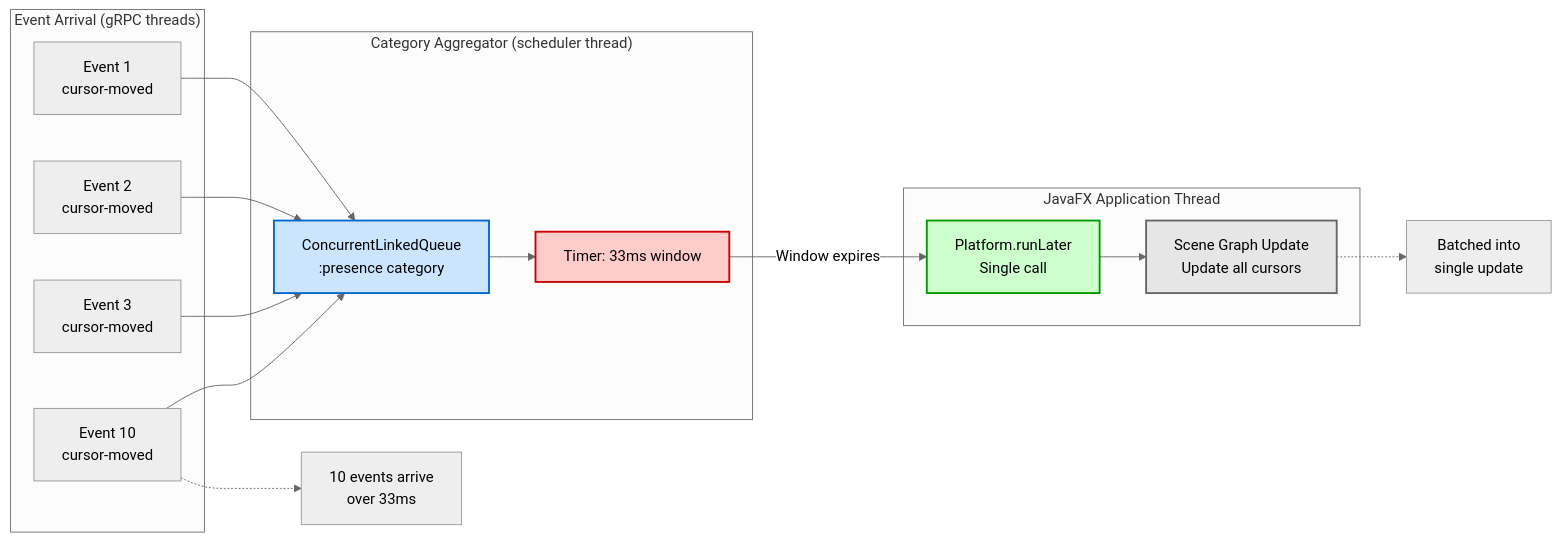
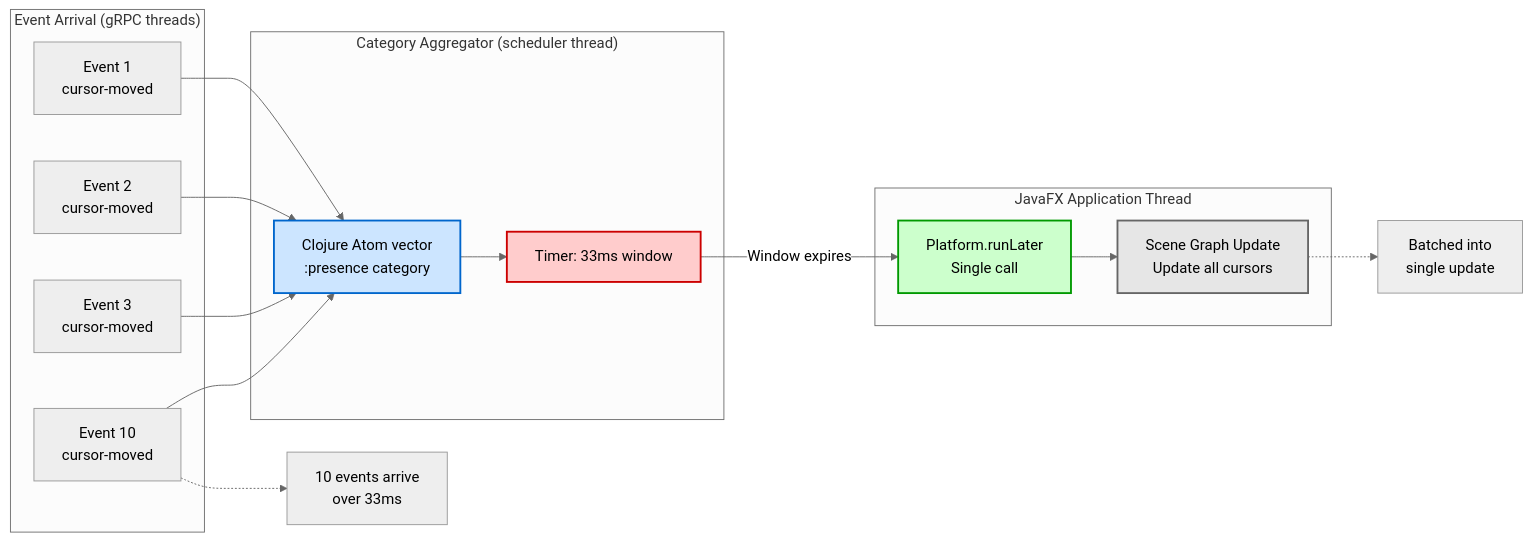
Before and after one commit to PeterBengtson/Ooloi-docs: the fifth of 5 diagrams in ADRs/0031-Frontend-Event-Driven-Architecture.md, drawn with Mermaid (neutral theme). The commit also changed other lines of this file, not shown here.

````diff
--- a/ADRs/0031-Frontend-Event-Driven-Architecture.md
+++ b/ADRs/0031-Frontend-Event-Driven-Architecture.md
@@ -347,39 +347,39 @@
 ```mermaid
 graph LR
     subgraph "Event Arrival (gRPC threads)"
         E1[Event 1<br/>cursor-moved]
         E2[Event 2<br/>cursor-moved]
         E3[Event 3<br/>cursor-moved]
         E10[Event 10<br/>cursor-moved]
     end
 
     subgraph "Category Aggregator (scheduler thread)"
-        Q[ConcurrentLinkedQueue<br/>:presence category]
+        Q[Clojure Atom vector<br/>:presence category]
         T[Timer: 33ms window]
     end
 
     subgraph "JavaFX Application Thread"
         PRL[Platform.runLater<br/>Single call]
         SG[Scene Graph Update<br/>Update all cursors]
     end
 
     E1 --> Q
     E2 --> Q
     E3 --> Q
     E10 --> Q
 
     Q --> T
     T -->|Window expires| PRL
     PRL --> SG
 
     style Q fill:#cce5ff,stroke:#0066cc,stroke-width:2px,color:#000
     style T fill:#ffcccc,stroke:#cc0000,stroke-width:2px,color:#000
     style PRL fill:#ccffcc,stroke:#009900,stroke-width:2px,color:#000
     style SG fill:#e6e6e6,stroke:#666,stroke-width:2px,color:#000
 
     note1[10 events arrive<br/>over 33ms]
     note2[Batched into<br/>single update]
 
     E10 -.-> note1
     SG -.-> note2
 ```
````
